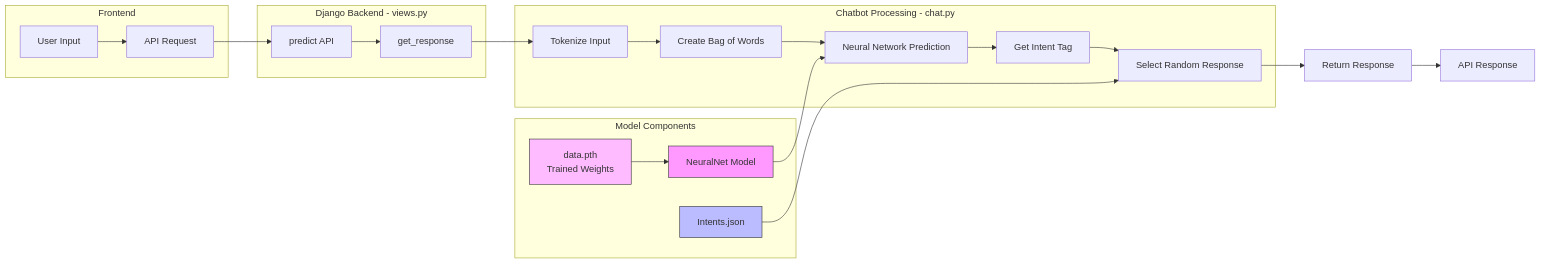
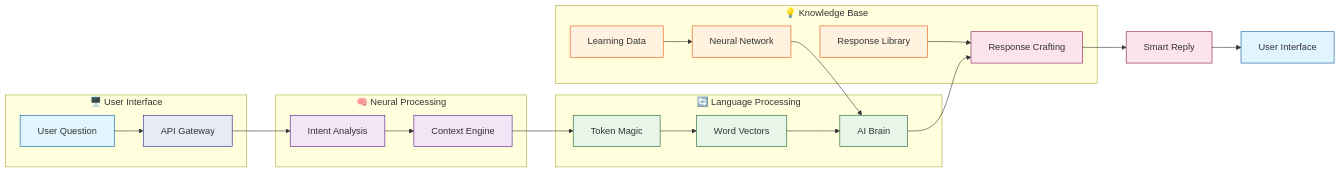
One commit to jaydoshi2/Sem4_FSD_Group_Project changed the first of 2 diagrams in README.md. Above: the diagram before and after it, drawn with Mermaid.

````diff
--- a/README.md
+++ b/README.md
@@ -33,32 +32,41 @@
 ```mermaid
 graph LR
-    subgraph "Frontend"
-        A[User Input] --> B[API Request]
+    subgraph "🖥️ User Interface"
+        A[User Question] --> B[API Gateway]
+        style A fill:#e1f5fe,stroke:#01579b
+        style B fill:#e8eaf6,stroke:#1a237e
     end
 
-    subgraph "Django Backend - views.py"
-        B --> C[predict API]
-        C --> D[get_response]
+    subgraph "🧠 Neural Processing"
+        B --> C[Intent Analysis]
+        C --> D[Context Engine]
+        style C fill:#f3e5f5,stroke:#4a148c
+        style D fill:#f3e5f5,stroke:#4a148c
     end
 
-    subgraph "Chatbot Processing - chat.py"
-        D --> E[Tokenize Input]
-        E --> F[Create Bag of Words]
-        F --> G[Neural Network Prediction]
-        G --> H[Get Intent Tag]
-        H --> I[Select Random Response]
+    subgraph "🔄 Language Processing"
+        D --> E[Token Magic]
+        E --> F[Word Vectors]
+        F --> G[AI Brain]
+        style E fill:#e8f5e9,stroke:#1b5e20
+        style F fill:#e8f5e9,stroke:#1b5e20
+        style G fill:#e8f5e9,stroke:#1b5e20
     end
 
-    subgraph "Model Components"
-        J[NeuralNet Model] --> G
-        K[Intents.json] --> I
-        L[data.pth<br>Trained Weights] --> J
+    subgraph "💡 Knowledge Base"
+        H[Neural Network] --> G
+        I[Response Library] --> J
+        K[Learning Data] --> H
+        style H fill:#fff3e0,stroke:#e65100
+        style I fill:#fff3e0,stroke:#e65100
+        style K fill:#fff3e0,stroke:#e65100
     end
 
-    I --> M[Return Response]
-    M --> N[API Response]
-
-    style J fill:#f9f,stroke:#333
-    style K fill:#bbf,stroke:#333
-    style L fill:#fbf,stroke:#333
+    G --> J[Response Crafting]
+    J --> L[Smart Reply]
+    L --> M[User Interface]
+    
+    style J fill:#fce4ec,stroke:#880e4f
+    style L fill:#fce4ec,stroke:#880e4f
+    style M fill:#e1f5fe,stroke:#01579b
 ```
````
